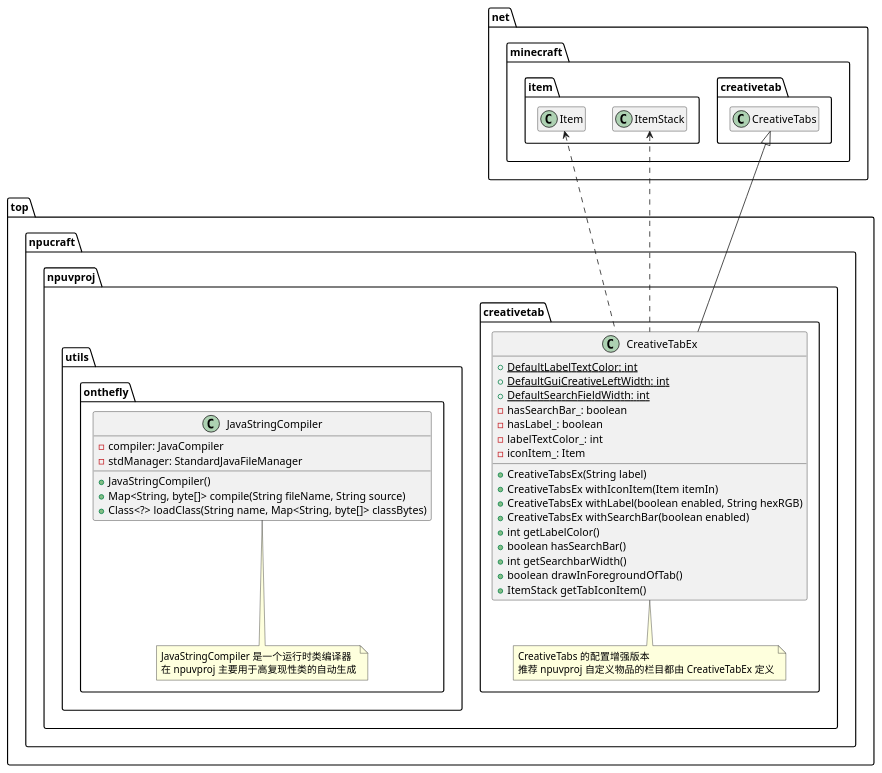
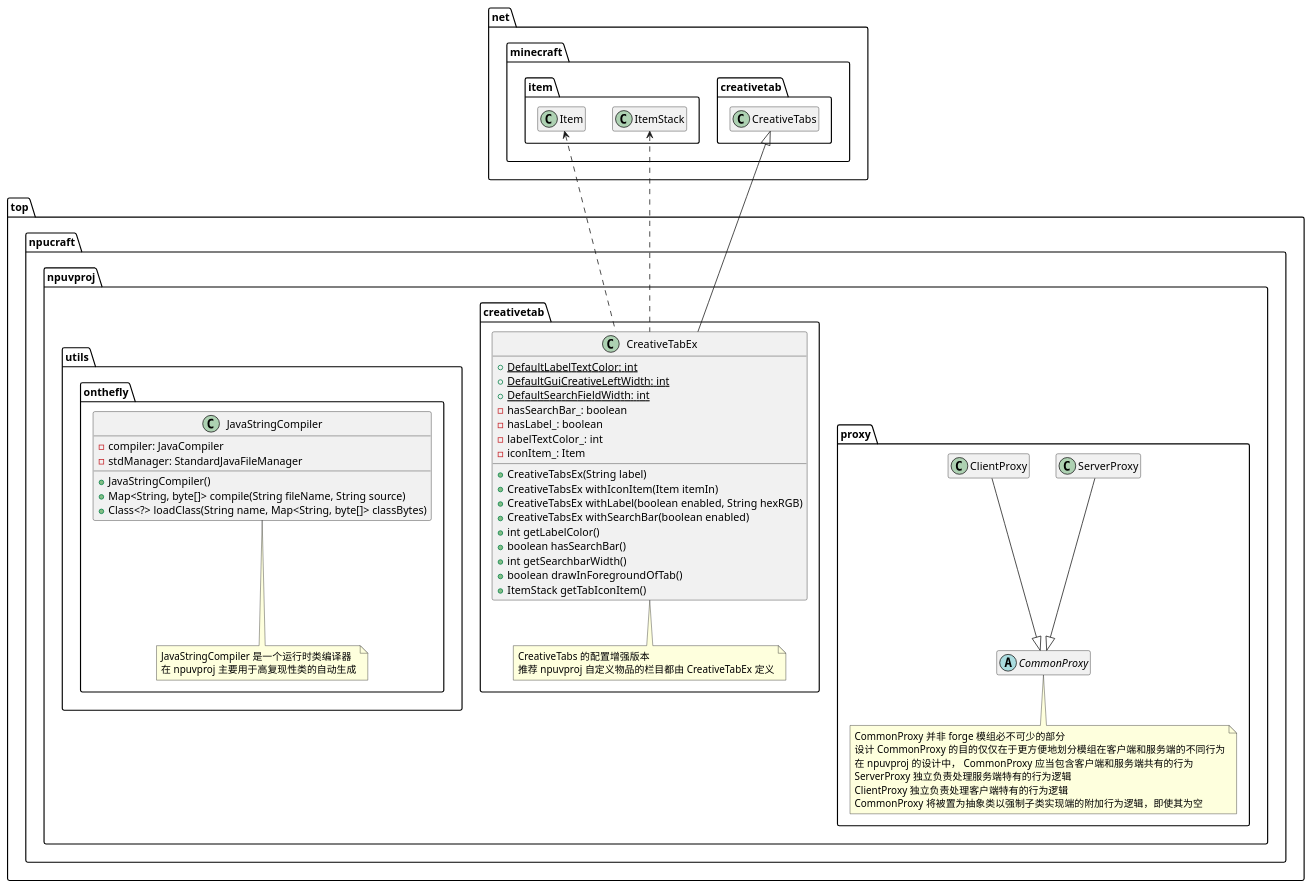
The diagram in doc/npuvproj.pu (NPUcraft/npu.VirtualizationProject), drawn with PlantUML before and after one commit. The commit also changed 5 other files, not shown here.

```diff
--- a/doc/npuvproj.pu
+++ b/doc/npuvproj.pu
@@ -1,64 +1,88 @@
 @startuml npuvproj
 
 hide empty methods
 hide empty members
 
 set namespaceSeparator .
 
 namespace net.minecraft {
 	namespace creativetab {
 		class CreativeTabs
 	}
 	namespace item {
 		class Item
 		class ItemStack
 	}
 }
 
 namespace top.npucraft.npuvproj {
+	namespace proxy {
+		abstract CommonProxy {
+
+		}
+		note bottom of CommonProxy {
+			CommonProxy 并非 forge 模组必不可少的部分
+			设计 CommonProxy 的目的仅仅在于更方便地划分模组在客户端和服务端的不同行为
+			在 npuvproj 的设计中， CommonProxy 应当包含客户端和服务端共有的行为
+			ServerProxy 独立负责处理服务端特有的行为逻辑
+			ClientProxy 独立负责处理客户端特有的行为逻辑
+			CommonProxy 将被置为抽象类以强制子类实现端的附加行为逻辑，即使其为空
+		}
+
+		class ServerProxy {
+
+		}
+		ServerProxy --|> CommonProxy
+
+		class ClientProxy {
+
+		}
+		ClientProxy --|> CommonProxy
+	}
+
 	namespace creativetab {
 		class CreativeTabEx {
 			+ {static} DefaultLabelTextColor: int
 			+ {static} DefaultGuiCreativeLeftWidth: int
 			+ {static} DefaultSearchFieldWidth: int
 			- hasSearchBar_: boolean
 			- hasLabel_: boolean
 			- labelTextColor_: int
 			- iconItem_: Item
 			+ CreativeTabsEx(String label)
 			+ CreativeTabsEx withIconItem(Item itemIn)
 			+ CreativeTabsEx withLabel(boolean enabled, String hexRGB)
 			+ CreativeTabsEx withSearchBar(boolean enabled)
 			+ int getLabelColor()
 			+ boolean hasSearchBar()
 			+ int getSearchbarWidth()
 			+ boolean drawInForegroundOfTab()
 			+ ItemStack getTabIconItem()
 		}
 		CreativeTabEx -up-|> net.minecraft.creativetab.CreativeTabs
 		CreativeTabEx .up.> net.minecraft.item.Item
 		CreativeTabEx .up.> net.minecraft.item.ItemStack
 		note bottom of CreativeTabEx {
 			CreativeTabs 的配置增强版本
 			推荐 npuvproj 自定义物品的栏目都由 CreativeTabEx 定义
 		}
 	}
 
 	namespace utils {
 		namespace onthefly {
 			class JavaStringCompiler {
 				- compiler: JavaCompiler
 				- stdManager: StandardJavaFileManager
 				+ JavaStringCompiler()
 				+ Map<String, byte[]> compile(String fileName, String source)
 				+ Class<?> loadClass(String name, Map<String, byte[]> classBytes)
 			}
 			note bottom of JavaStringCompiler {
 				JavaStringCompiler 是一个运行时类编译器
 				在 npuvproj 主要用于高复现性类的自动生成
 			}
 		}
 	}
 }
 
 @enduml
```
